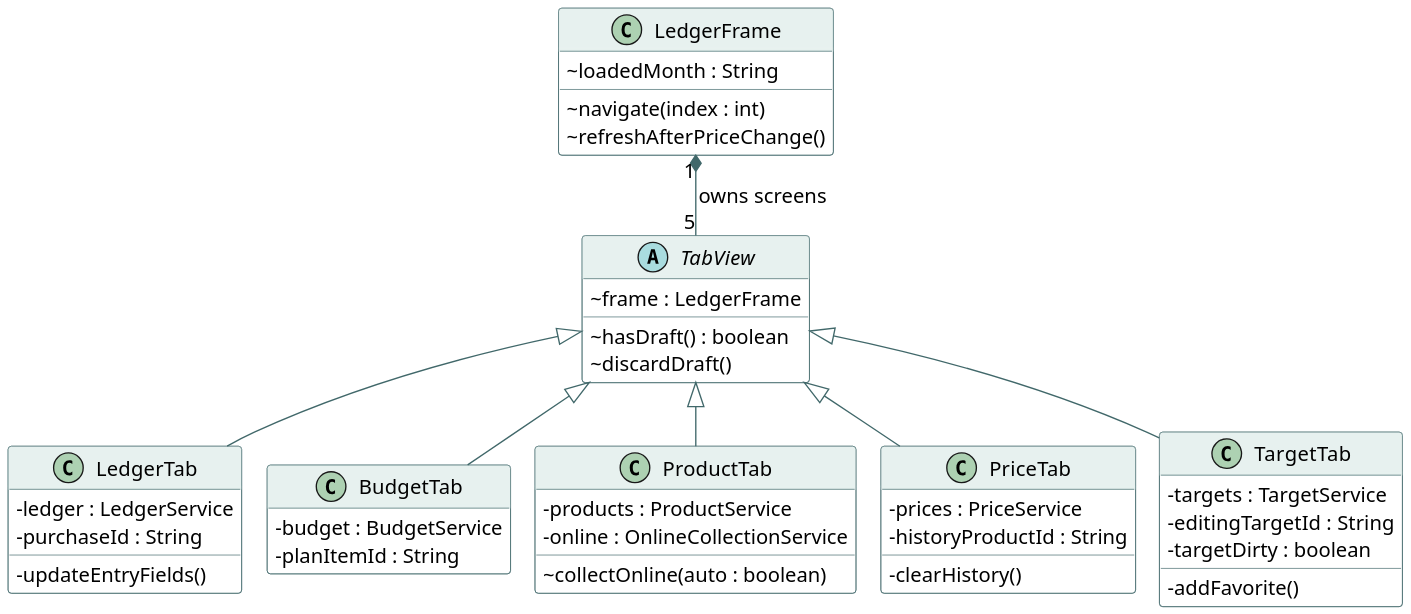
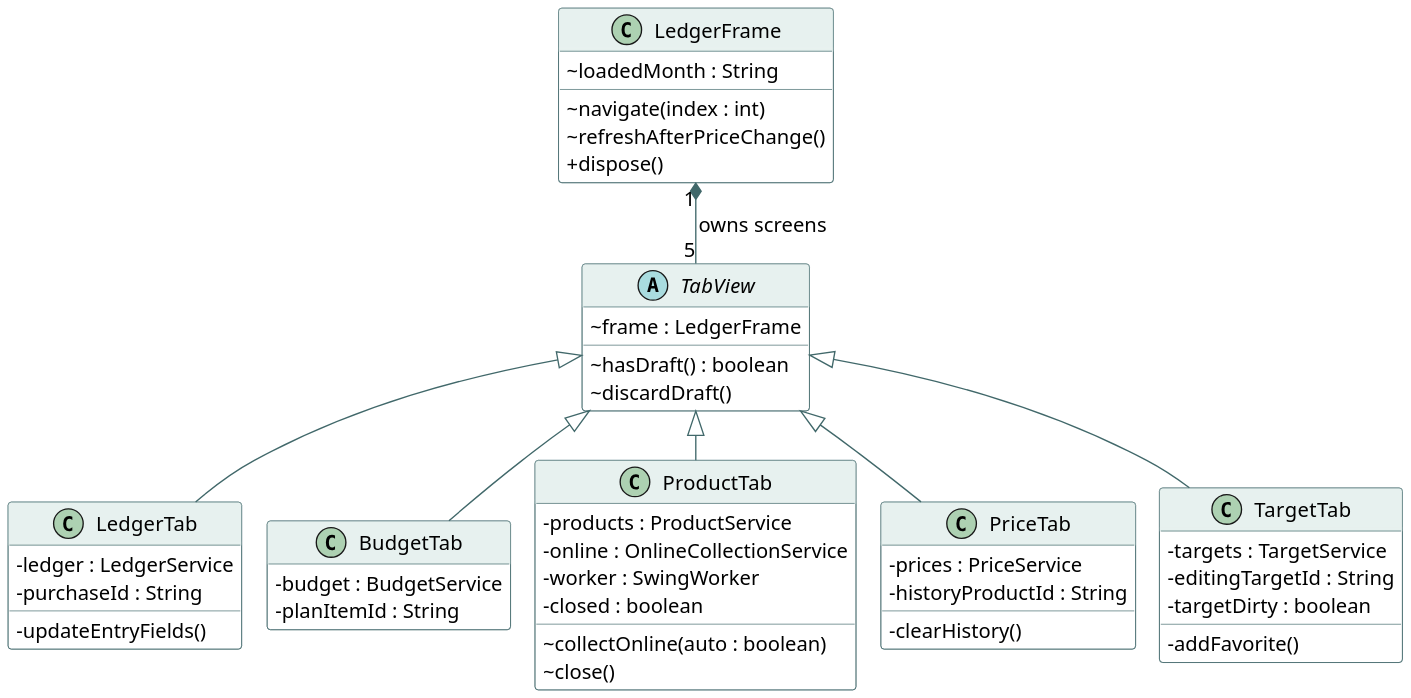
Before and after one commit to hyeonsu-test/smart-grocery-ledger: the diagram in doc/class-storage-ui.puml, drawn with PlantUML. The commit also changed 37 other files, not shown here.

```diff
--- a/doc/class-storage-ui.puml
+++ b/doc/class-storage-ui.puml
@@ -1,55 +1,59 @@
 @startuml
 !pragma layout smetana
 skinparam dpi 170
 skinparam shadowing false
 skinparam classAttributeIconSize 0
 skinparam defaultFontName Arial
 skinparam defaultFontSize 15
 skinparam classBackgroundColor #FFFFFF
 skinparam classBorderColor #41686A
 skinparam classHeaderBackgroundColor #E7F1EF
 skinparam ArrowColor #41686A
 hide empty members
 top to bottom direction
 class LedgerFrame {
   ~ loadedMonth : String
   ~ navigate(index : int)
   ~ refreshAfterPriceChange()
+  + dispose()
 }
 abstract class TabView {
   ~ frame : LedgerFrame
   ~ hasDraft() : boolean
   ~ discardDraft()
 }
 class LedgerTab {
   - ledger : LedgerService
   - purchaseId : String
   - updateEntryFields()
 }
 class BudgetTab {
   - budget : BudgetService
   - planItemId : String
 }
 class ProductTab {
   - products : ProductService
   - online : OnlineCollectionService
+  - worker : SwingWorker
+  - closed : boolean
   ~ collectOnline(auto : boolean)
+  ~ close()
 }
 class PriceTab {
   - prices : PriceService
   - historyProductId : String
   - clearHistory()
 }
 class TargetTab {
   - targets : TargetService
   - editingTargetId : String
   - targetDirty : boolean
   - addFavorite()
 }
 LedgerFrame "1" *-- "5" TabView : owns screens
 TabView <|-- LedgerTab
 TabView <|-- BudgetTab
 TabView <|-- ProductTab
 TabView <|-- PriceTab
 TabView <|-- TargetTab
 @enduml
```
